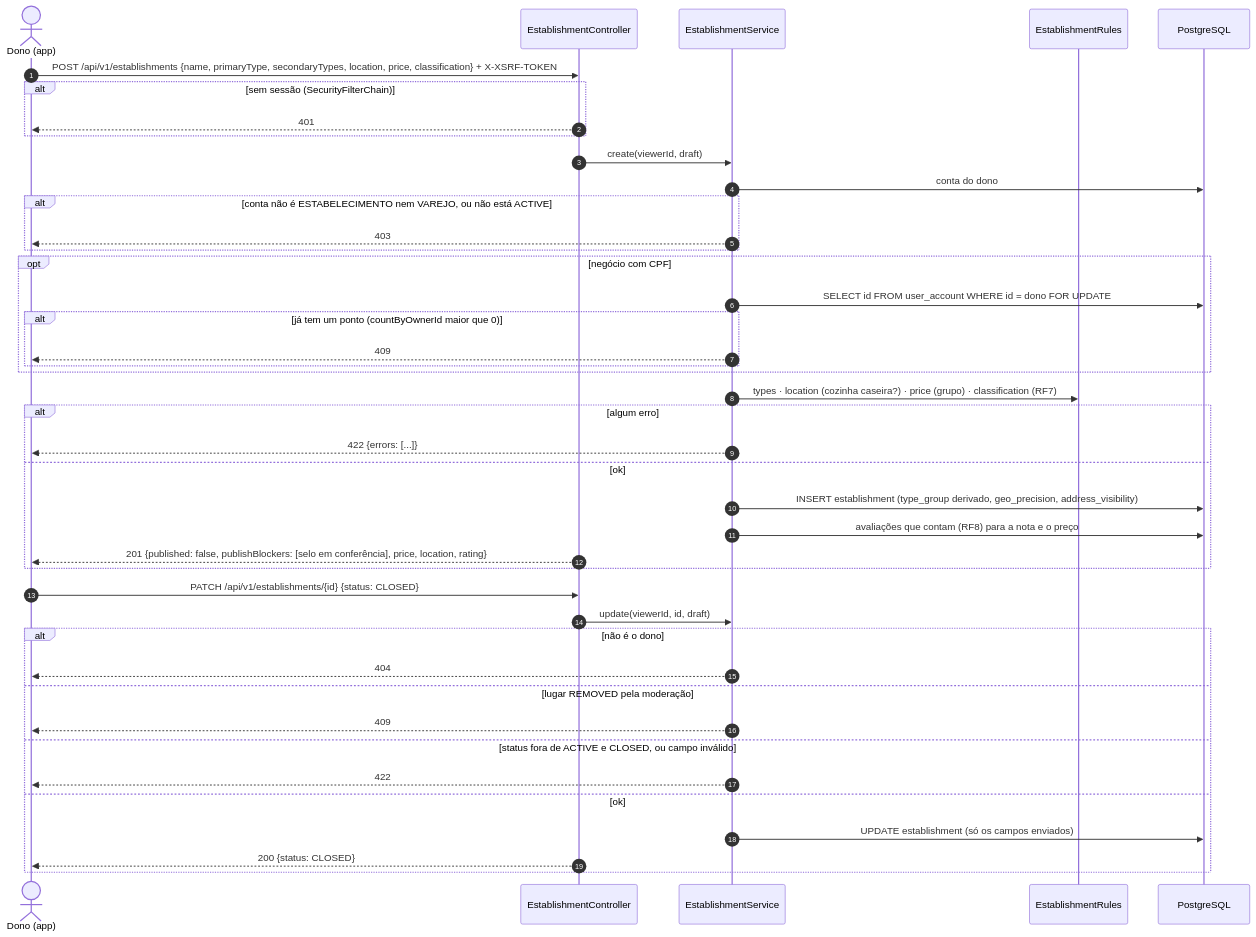
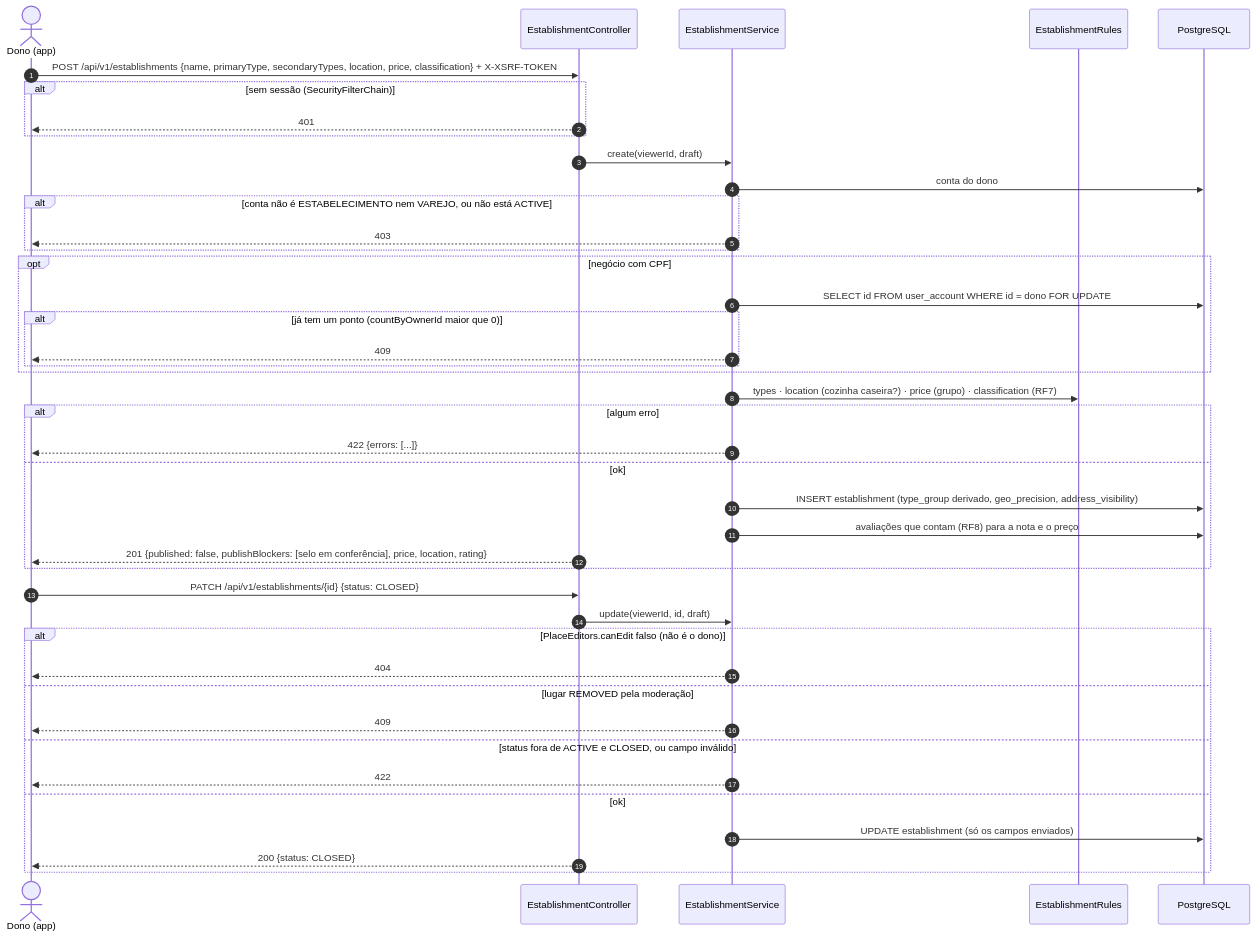
The first of 2 diagrams in docs/RF6/sequencia.md (MatheusHaliski/Friendly-Eats), drawn with Mermaid before and after one commit. The commit also changed 23 other files, not shown here.

````diff
--- a/docs/RF6/sequencia.md
+++ b/docs/RF6/sequencia.md
@@ -5,45 +5,45 @@
 ```mermaid
 sequenceDiagram
     autonumber
     actor D as Dono (app)
     participant API as EstablishmentController
     participant S as EstablishmentService
     participant R as EstablishmentRules
     participant DB as PostgreSQL
 
     D->>API: POST /api/v1/establishments {name, primaryType, secondaryTypes, location, price, classification} + X-XSRF-TOKEN
     alt sem sessão (SecurityFilterChain)
         API-->>D: 401
     end
     API->>S: create(viewerId, draft)
     S->>DB: conta do dono
     alt conta não é ESTABELECIMENTO nem VAREJO, ou não está ACTIVE
         S-->>D: 403
     end
     opt negócio com CPF
         S->>DB: SELECT id FROM user_account WHERE id = dono FOR UPDATE
         alt já tem um ponto (countByOwnerId maior que 0)
             S-->>D: 409
         end
     end
     S->>R: types · location (cozinha caseira?) · price (grupo) · classification (RF7)
     alt algum erro
         S-->>D: 422 {errors: [...]}
     else ok
         S->>DB: INSERT establishment (type_group derivado, geo_precision, address_visibility)
         S->>DB: avaliações que contam (RF8) para a nota e o preço
         API-->>D: 201 {published: false, publishBlockers: [selo em conferência], price, location, rating}
     end
     D->>API: PATCH /api/v1/establishments/{id} {status: CLOSED}
     API->>S: update(viewerId, id, draft)
-    alt não é o dono
+    alt PlaceEditors.canEdit falso (não é o dono)
         S-->>D: 404
     else lugar REMOVED pela moderação
         S-->>D: 409
     else status fora de ACTIVE e CLOSED, ou campo inválido
         S-->>D: 422
     else ok
         S->>DB: UPDATE establishment (só os campos enviados)
         API-->>D: 200 {status: CLOSED}
     end
 ```
````
